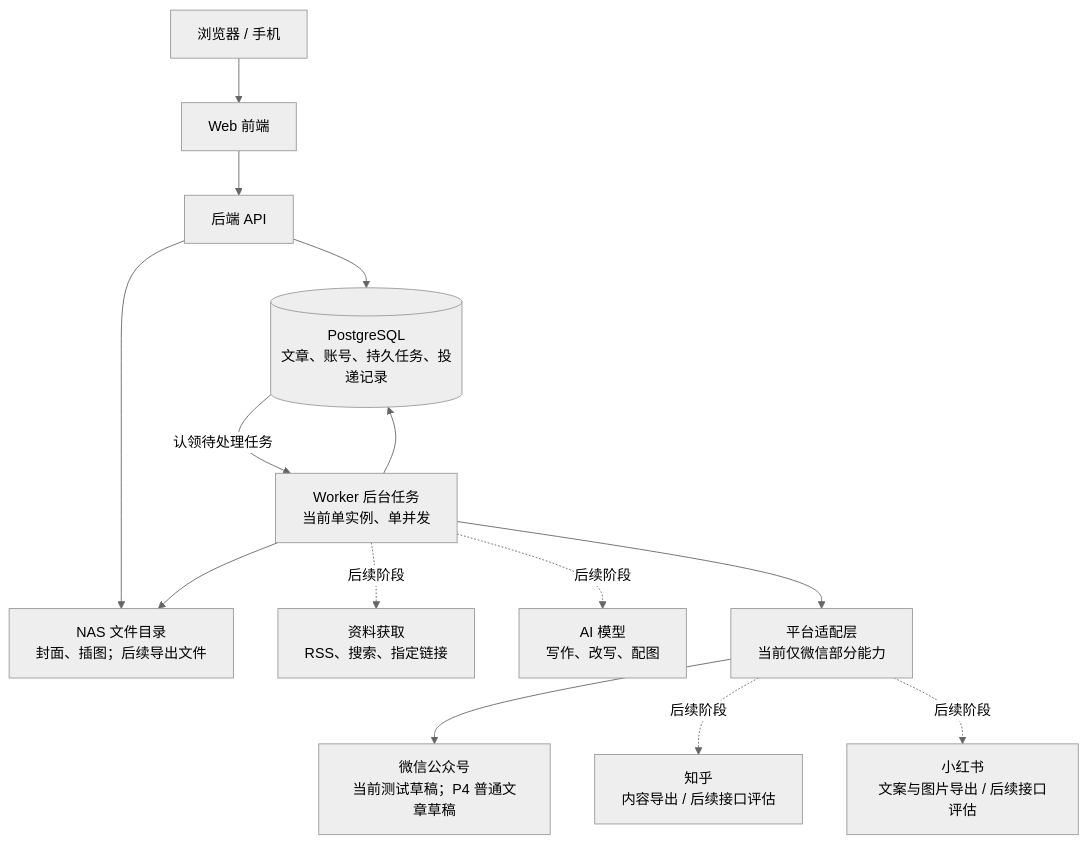
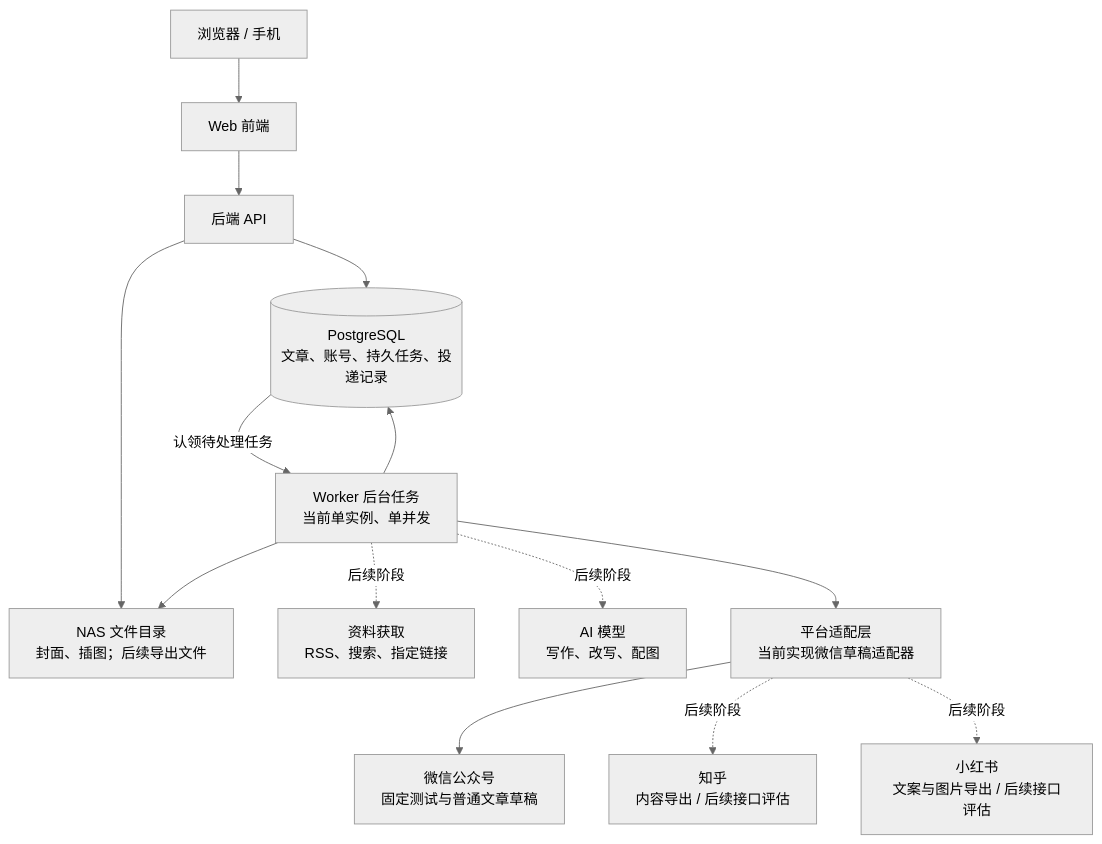
The diagram in docs/ARCHITECTURE.md (brucewar/tattoo), drawn with Mermaid (neutral theme) before and after one commit. The commit also changed other lines of this file and 57 other files, not shown here.

````diff
--- a/docs/ARCHITECTURE.md
+++ b/docs/ARCHITECTURE.md
@@ -9,16 +9,16 @@
 ```mermaid
 flowchart TB
     U["浏览器 / 手机"] --> W["Web 前端"]
     W --> API["后端 API"]
     API --> DB[("PostgreSQL<br/>文章、账号、持久任务、投递记录")]
     DB -->|认领待处理任务| WK["Worker 后台任务<br/>当前单实例、单并发"]
     WK --> DB
     API --> F["NAS 文件目录<br/>封面、插图；后续导出文件"]
     WK --> F
     WK -. 后续阶段 .-> S["资料获取<br/>RSS、搜索、指定链接"]
     WK -. 后续阶段 .-> AI["AI 模型<br/>写作、改写、配图"]
-    WK --> P["平台适配层<br/>当前仅微信部分能力"]
-    P --> WX["微信公众号<br/>当前测试草稿；P4 普通文章草稿"]
+    WK --> P["平台适配层<br/>当前实现微信草稿适配器"]
+    P --> WX["微信公众号<br/>固定测试与普通文章草稿"]
     P -. 后续阶段 .-> ZH["知乎<br/>内容导出 / 后续接口评估"]
     P -. 后续阶段 .-> XHS["小红书<br/>文案与图片导出 / 后续接口评估"]
 ```
````
